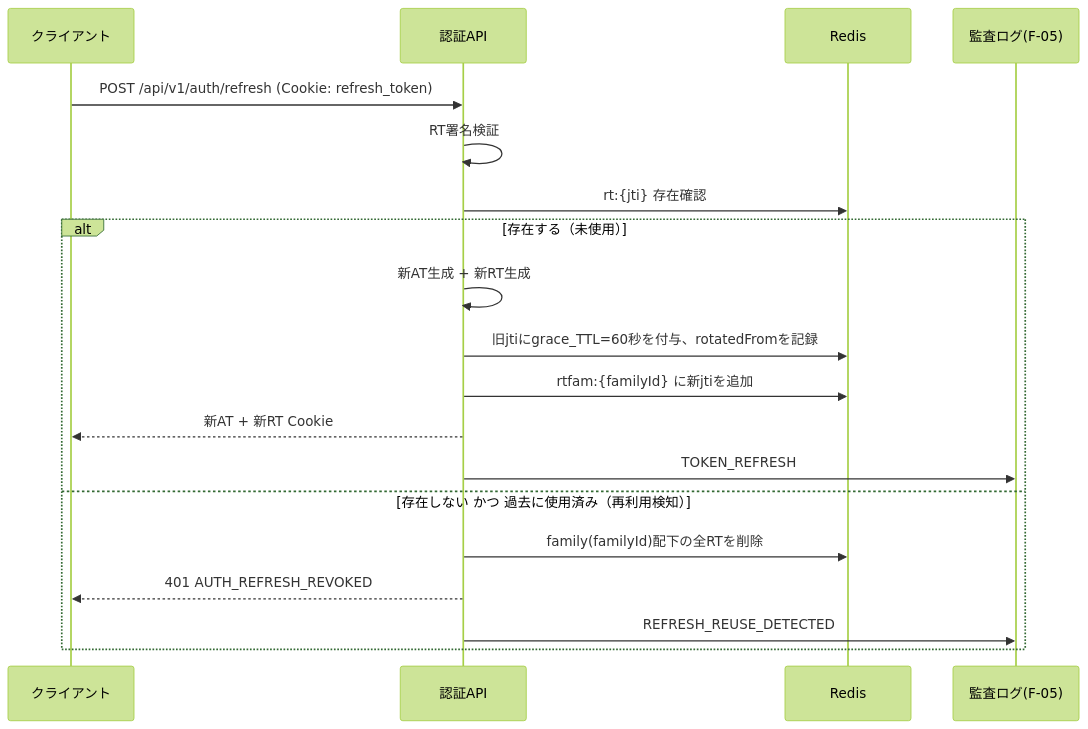
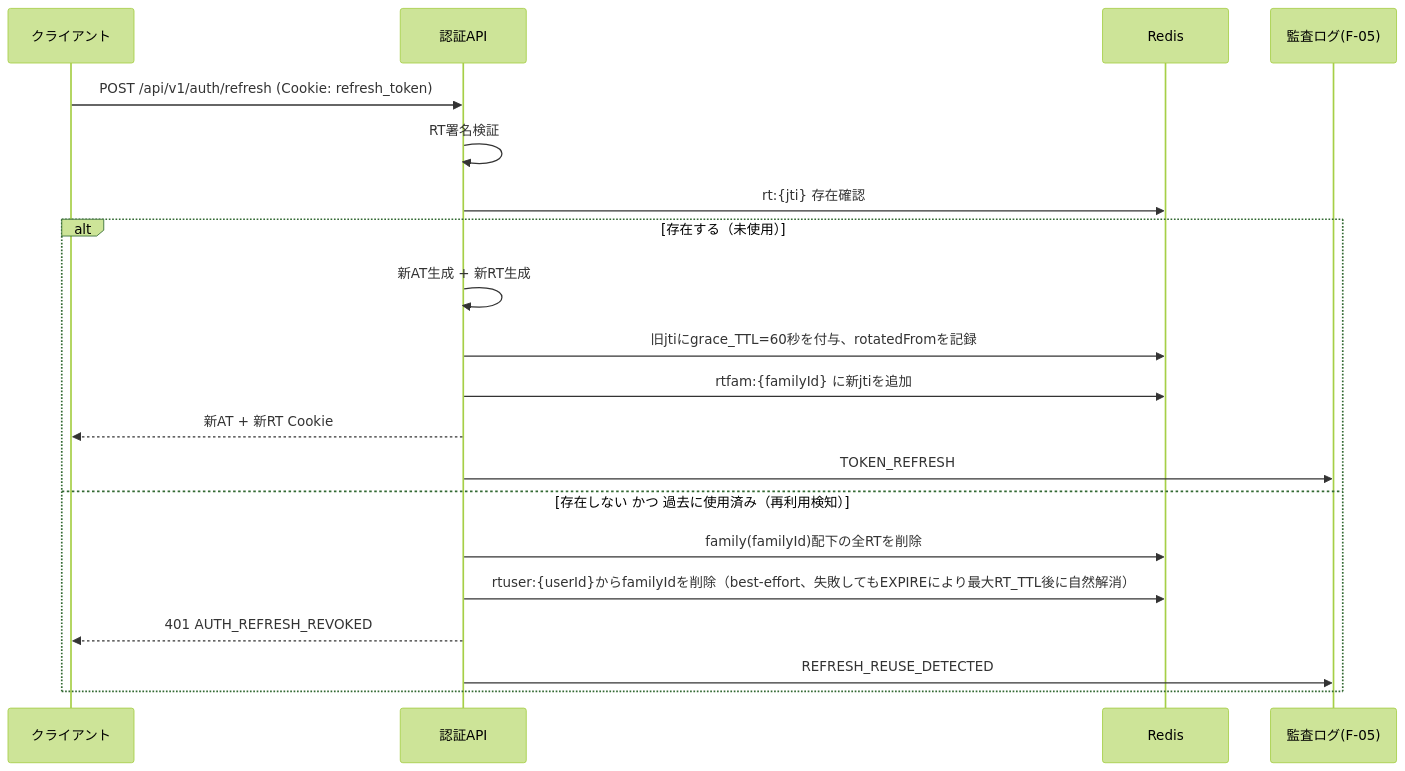
One commit to ryohei-sumii/ForgeHub changed the second of 2 diagrams in docs/design/f-01-jwt-auth.md. Above: the diagram before and after it, drawn with Mermaid (forest theme). The commit also changed other lines of this file and 1 other file, not shown here.

First line of the commit message:
Fix F-02 review findings: user-level session invalidation, audit ordering, error code

````diff
--- a/docs/design/f-01-jwt-auth.md
+++ b/docs/design/f-01-jwt-auth.md
@@ -165,22 +168,23 @@
 ```mermaid
 sequenceDiagram
     participant C as クライアント
     participant A as 認証API
     participant R as Redis
     participant L as 監査ログ(F-05)
 
     C->>A: POST /api/v1/auth/refresh (Cookie: refresh_token)
     A->>A: RT署名検証
     A->>R: rt:{jti} 存在確認
     alt 存在する（未使用）
         A->>A: 新AT生成 + 新RT生成
         A->>R: 旧jtiにgrace_TTL=60秒を付与、rotatedFromを記録
         A->>R: rtfam:{familyId} に新jtiを追加
         A-->>C: 新AT + 新RT Cookie
         A->>L: TOKEN_REFRESH
     else 存在しない かつ 過去に使用済み（再利用検知）
         A->>R: family(familyId)配下の全RTを削除
+        A->>R: rtuser:{userId}からfamilyIdを削除（best-effort、失敗してもEXPIREにより最大RT_TTL後に自然解消）
         A-->>C: 401 AUTH_REFRESH_REVOKED
         A->>L: REFRESH_REUSE_DETECTED
     end
 ```
````
